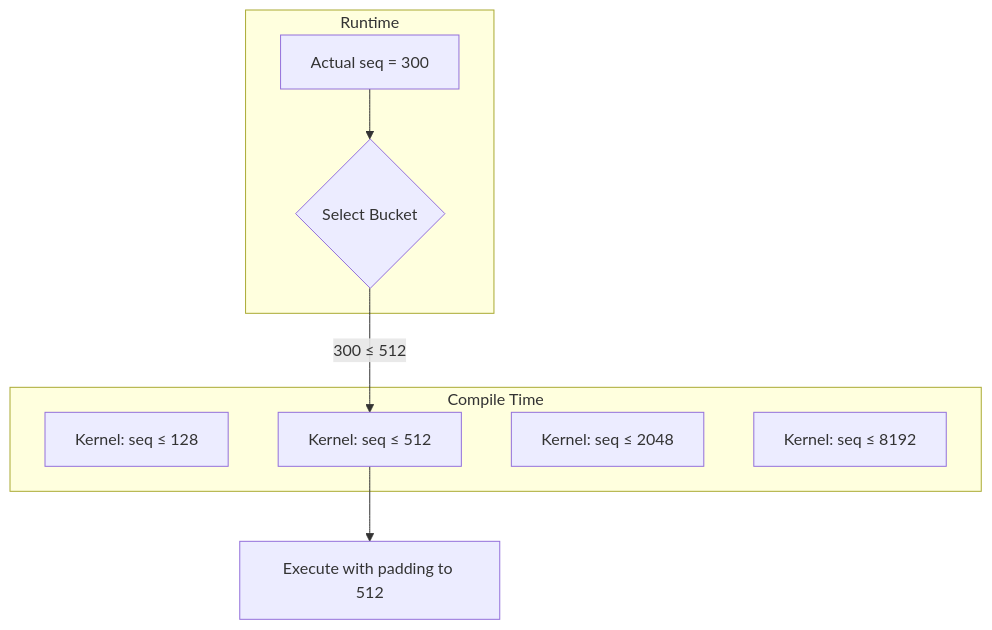
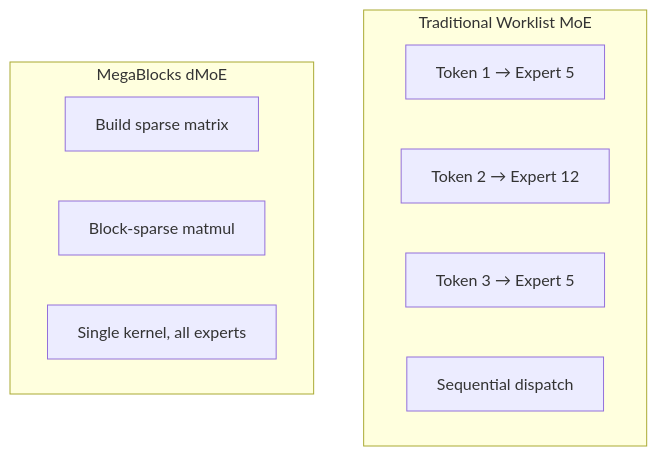
The seventh of 10 diagrams in dynamic-shapes.md (srikantharun/srikantharun.github.io), drawn with Mermaid before and after one commit. The commit also changed other lines of this file, not shown here.

````diff
--- a/dynamic-shapes.md
+++ b/dynamic-shapes.md
@@ -300,16 +271,15 @@
 ```mermaid
 flowchart TD
-    subgraph "Compile Time"
-        B1["Kernel: seq ≤ 128"]
-        B2["Kernel: seq ≤ 512"]
-        B3["Kernel: seq ≤ 2048"]
-        B4["Kernel: seq ≤ 8192"]
+    subgraph "Traditional Worklist MoE"
+        T1["Token 1 → Expert 5"]
+        T2["Token 2 → Expert 12"]
+        T3["Token 3 → Expert 5"]
+        T4["Sequential dispatch"]
     end
 
-    subgraph "Runtime"
-        S["Actual seq = 300"] --> D{"Select Bucket"}
-        D -->|"300 ≤ 512"| B2
+    subgraph "MegaBlocks dMoE"
+        M1["Build sparse matrix"]
+        M2["Block-sparse matmul"]
+        M3["Single kernel, all experts"]
     end
-
-    B2 --> E["Execute with padding to 512"]
 ```
````
